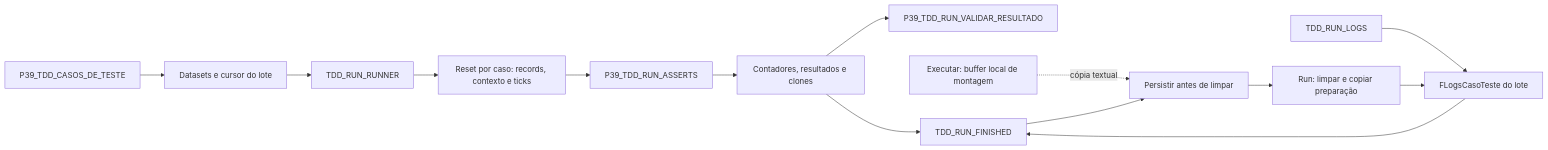
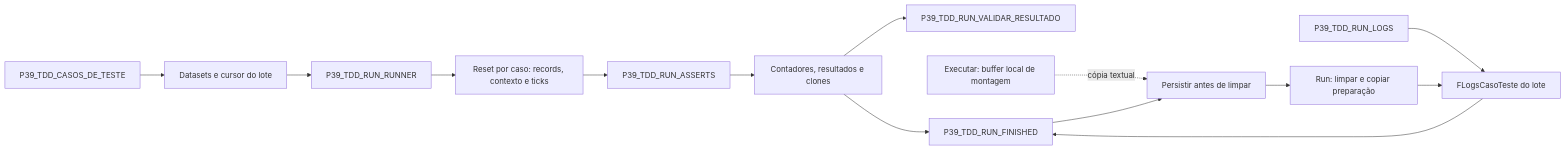
Before and after one commit to ModulosTestesAutomatizados/TestesAutomatizadosERP: the diagram in docs/MAPEAMENTO_AST_USES_UNITS/runner/estados.md, drawn with Mermaid. The commit also changed 69 other files, not shown here.

````diff
--- a/docs/MAPEAMENTO_AST_USES_UNITS/runner/estados.md
+++ b/docs/MAPEAMENTO_AST_USES_UNITS/runner/estados.md
@@ -3,16 +3,16 @@
 ```mermaid
 flowchart LR
  P39_TDD_CASOS_DE_TESTE --> C["Datasets e cursor do lote"]
- C --> TDD_RUN_RUNNER
- TDD_RUN_RUNNER --> R["Reset por caso: records, contexto e ticks"]
+ C --> P39_TDD_RUN_RUNNER
+ P39_TDD_RUN_RUNNER --> R["Reset por caso: records, contexto e ticks"]
  R --> P39_TDD_RUN_ASSERTS
  P39_TDD_RUN_ASSERTS --> A["Contadores, resultados e clones"]
  A --> P39_TDD_RUN_VALIDAR_RESULTADO
- A --> TDD_RUN_FINISHED
+ A --> P39_TDD_RUN_FINISHED
  I["Executar: buffer local de montagem"] -. "cópia textual" .-> P["FLogsPreparacao do molde"]
  P --> R0["Run: limpar e copiar preparação"]
- TDD_RUN_LOGS --> L["FLogsCasoTeste do lote"]
+ P39_TDD_RUN_LOGS --> L["FLogsCasoTeste do lote"]
  R0 --> L
- L --> TDD_RUN_FINISHED
- TDD_RUN_FINISHED --> P["Persistir antes de limpar"]
+ L --> P39_TDD_RUN_FINISHED
+ P39_TDD_RUN_FINISHED --> P["Persistir antes de limpar"]
 ```
````
